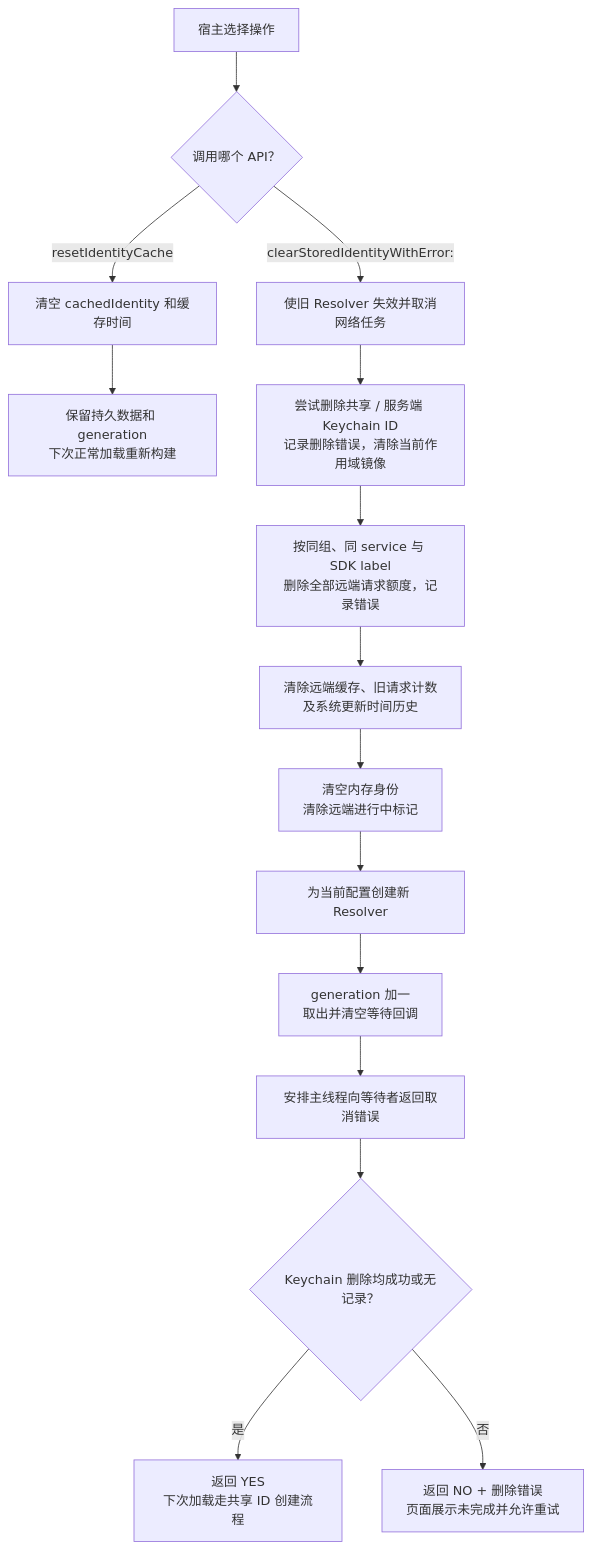
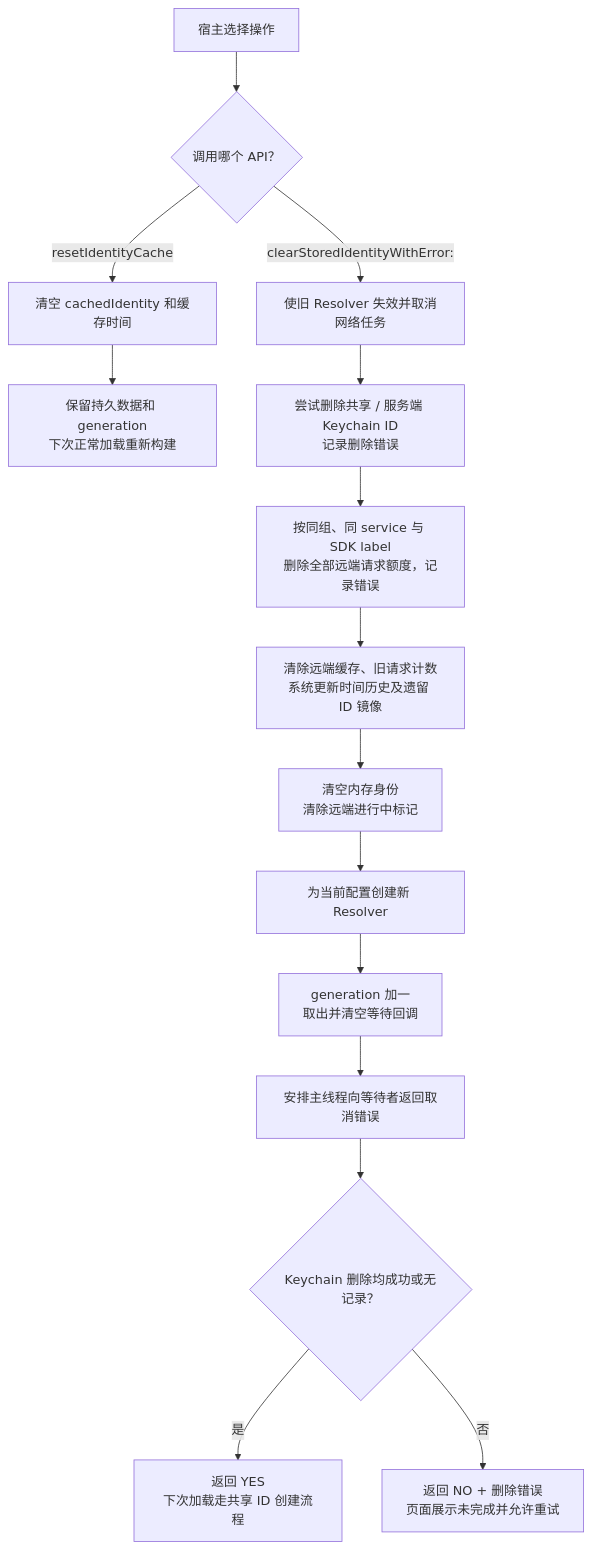
One commit to shanbozhu/TestOC changed diagram 13 of 14 in PBCrossAppUniqueDeviceIdentifier/Docs/FeatureFlows.md. Above: the diagram before and after it, drawn with Mermaid. The commit also changed other lines of this file and 10 other files, not shown here.

````diff
--- a/PBCrossAppUniqueDeviceIdentifier/Docs/FeatureFlows.md
+++ b/PBCrossAppUniqueDeviceIdentifier/Docs/FeatureFlows.md
@@ -381,17 +381,17 @@
 ```mermaid
 flowchart TD
     Start["宿主选择操作"] --> Kind{"调用哪个 API？"}
     Kind -->|resetIdentityCache| Reset["清空 cachedIdentity 和缓存时间"]
     Reset --> ResetDone["保留持久数据和 generation<br/>下次正常加载重新构建"]
     Kind -->|clearStoredIdentityWithError:| Invalidate["使旧 Resolver 失效并取消网络任务"]
-    Invalidate --> Delete["尝试删除共享 / 服务端 Keychain ID<br/>记录删除错误，清除当前作用域镜像"]
+    Invalidate --> Delete["尝试删除共享 / 服务端 Keychain ID<br/>记录删除错误"]
     Delete --> Quota["按同组、同 service 与 SDK label<br/>删除全部远端请求额度，记录错误"]
-    Quota --> Persistent["清除远端缓存、旧请求计数<br/>及系统更新时间历史"]
+    Quota --> Persistent["清除远端缓存、旧请求计数<br/>系统更新时间历史及遗留 ID 镜像"]
     Persistent --> Memory["清空内存身份<br/>清除远端进行中标记"]
     Memory --> Resolver["为当前配置创建新 Resolver"]
     Resolver --> Generation["generation 加一<br/>取出并清空等待回调"]
     Generation --> Cancel["安排主线程向等待者返回取消错误"]
     Cancel --> Result{"Keychain 删除均成功或无记录？"}
     Result -->|是| Done["返回 YES<br/>下次加载走共享 ID 创建流程"]
     Result -->|否| Failed["返回 NO + 删除错误<br/>页面展示未完成并允许重试"]
 ```
````
